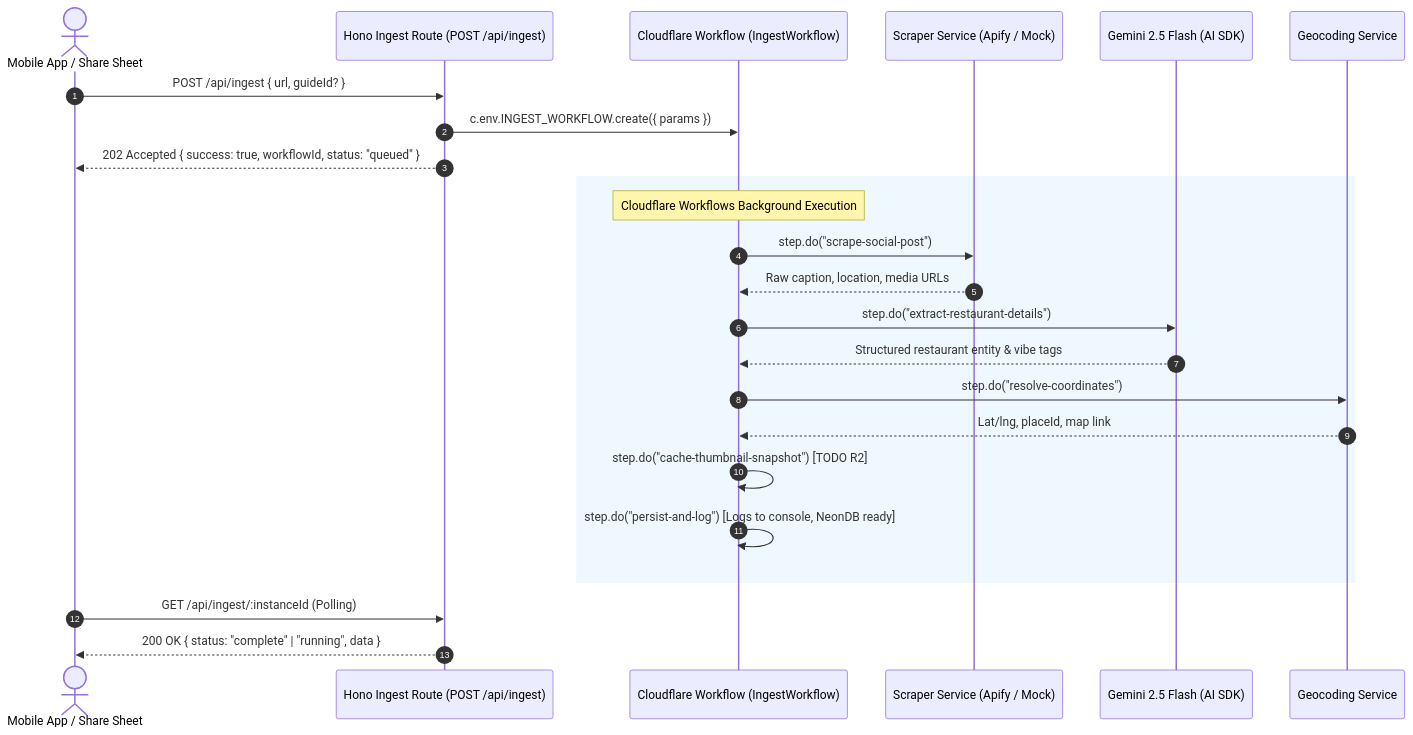
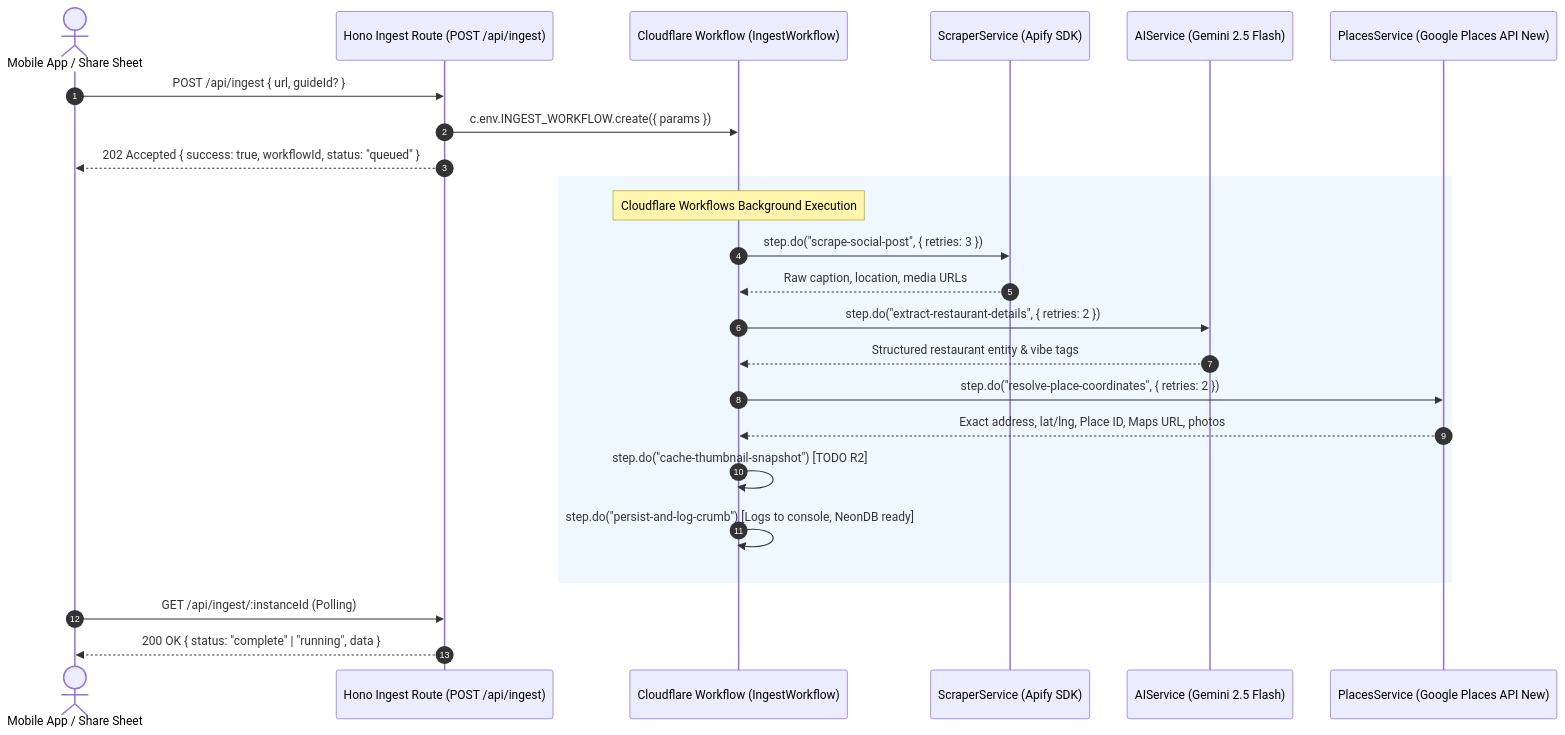
Before and after one commit to ledkhoa/crumbs: the diagram in .orchestration/async-ingest-workflows/spec.md, drawn with Mermaid. The commit also changed other lines of this file and 11 other files, not shown here.

Commit message:
feat(api): integrate Google Places API, Apify SDK, and class-based services with durable retries

````diff
--- a/.orchestration/async-ingest-workflows/spec.md
+++ b/.orchestration/async-ingest-workflows/spec.md
@@ -10,29 +10,29 @@
 ```mermaid
 sequenceDiagram
     autonumber
     actor User as Mobile App / Share Sheet
     participant API as Hono Ingest Route (POST /api/ingest)
     participant WF as Cloudflare Workflow (IngestWorkflow)
-    participant Scraper as Scraper Service (Apify / Mock)
-    participant AI as Gemini 2.5 Flash (AI SDK)
-    participant Places as Geocoding Service
+    participant Scraper as ScraperService (Apify SDK)
+    participant AI as AIService (Gemini 2.5 Flash)
+    participant Places as PlacesService (Google Places API New)
 
     User->>API: POST /api/ingest { url, guideId? }
     API->>WF: c.env.INGEST_WORKFLOW.create({ params })
     API-->>User: 202 Accepted { success: true, workflowId, status: "queued" }
     
     rect rgb(240, 248, 255)
         Note over WF: Cloudflare Workflows Background Execution
-        WF->>Scraper: step.do("scrape-social-post")
+        WF->>Scraper: step.do("scrape-social-post", { retries: 3 })
         Scraper-->>WF: Raw caption, location, media URLs
-        WF->>AI: step.do("extract-restaurant-details")
+        WF->>AI: step.do("extract-restaurant-details", { retries: 2 })
         AI-->>WF: Structured restaurant entity & vibe tags
-        WF->>Places: step.do("resolve-coordinates")
-        Places-->>WF: Lat/lng, placeId, map link
+        WF->>Places: step.do("resolve-place-coordinates", { retries: 2 })
+        Places-->>WF: Exact address, lat/lng, Place ID, Maps URL, photos
         WF->>WF: step.do("cache-thumbnail-snapshot") [TODO R2]
-        WF->>WF: step.do("persist-and-log") [Logs to console, NeonDB ready]
+        WF->>WF: step.do("persist-and-log-crumb") [Logs to console, NeonDB ready]
     end
 
     User->>API: GET /api/ingest/:instanceId (Polling)
     API-->>User: 200 OK { status: "complete" | "running", data }
 ```
````
